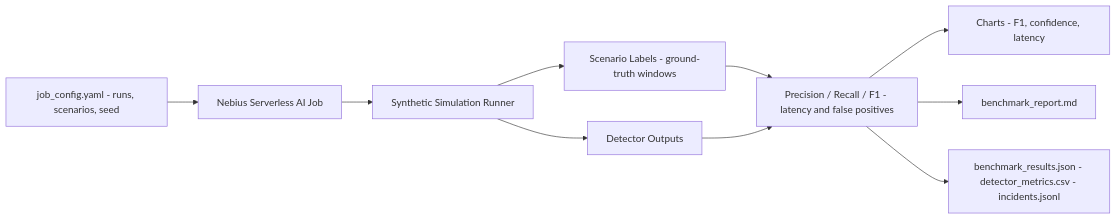
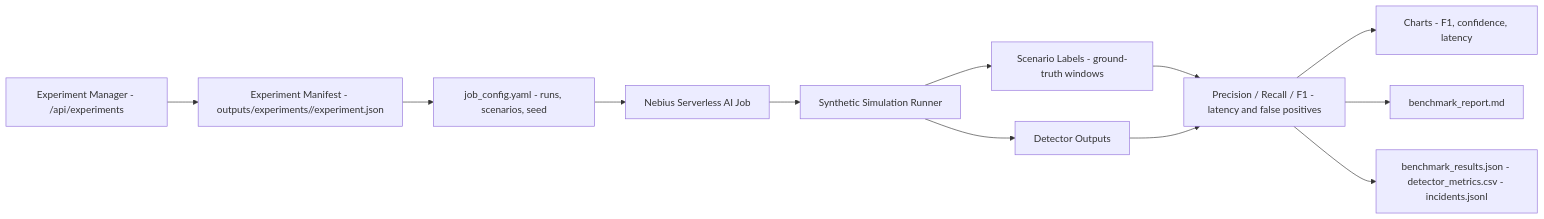
One commit to khab40/aimada changed the third of 4 diagrams in docs/architecture.md. Above: the diagram before and after it, drawn with Mermaid. The commit also changed other lines of this file and 13 other files, not shown here.

Commit message:
feat: add experiment manager batch flow

````diff
--- a/docs/architecture.md
+++ b/docs/architecture.md
@@ -98,22 +99,26 @@
 ```mermaid
 graph LR
+    ExperimentAPI["Experiment Manager - /api/experiments"]
+    ExperimentManifest["Experiment Manifest - outputs/experiments/<id>/experiment.json"]
     Config["job_config.yaml - runs, scenarios, seed"]
     Job["Nebius Serverless AI Job"]
     Simulation["Synthetic Simulation Runner"]
     Labels["Scenario Labels - ground-truth windows"]
     DetectorOutputs["Detector Outputs"]
     Metrics["Precision / Recall / F1 - latency and false positives"]
     Charts["Charts - F1, confidence, latency"]
     Report["benchmark_report.md"]
     Results["benchmark_results.json - detector_metrics.csv - incidents.jsonl"]
 
+    ExperimentAPI --> ExperimentManifest
+    ExperimentManifest --> Config
     Config --> Job
     Job --> Simulation
     Simulation --> Labels
     Simulation --> DetectorOutputs
     Labels --> Metrics
     DetectorOutputs --> Metrics
     Metrics --> Charts
     Metrics --> Report
     Metrics --> Results
 ```
````
